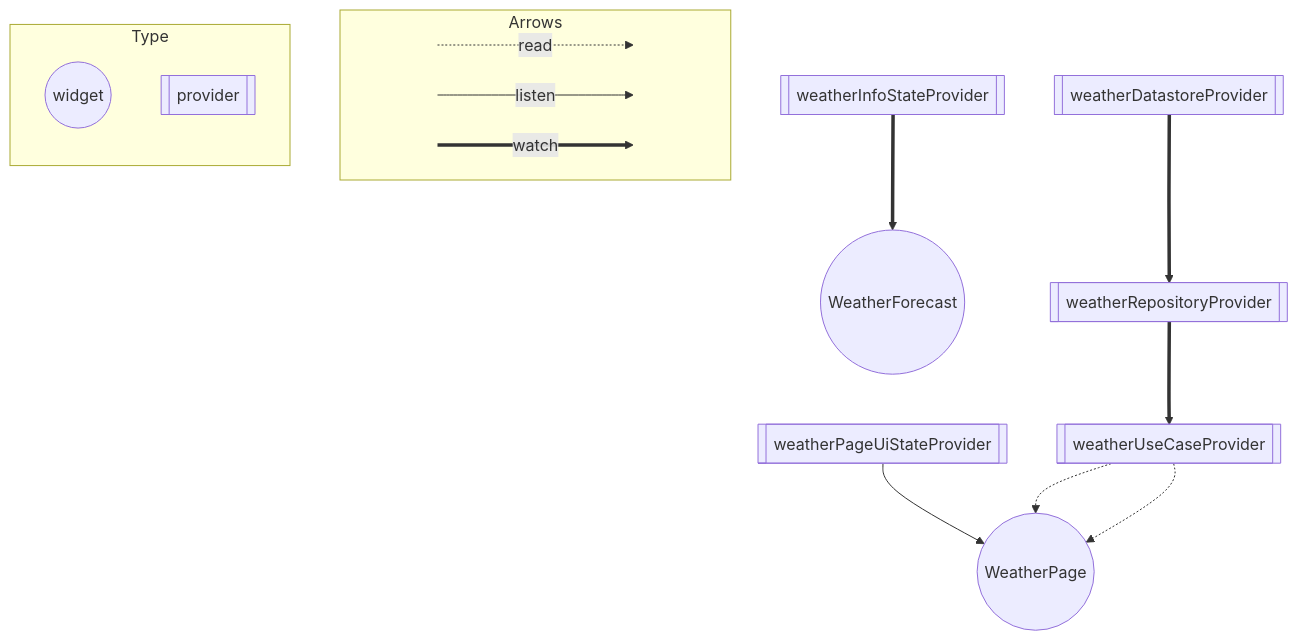
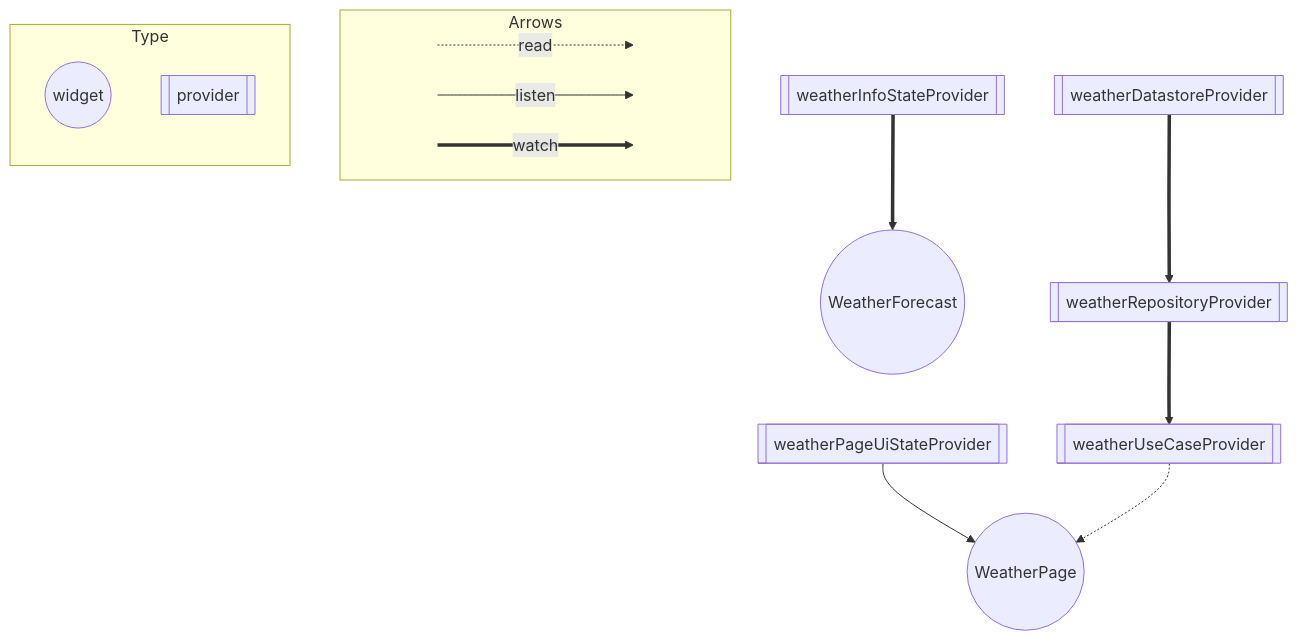
One commit to morikann/flutter_training changed the diagram in docs/graph.md. Above: the diagram before and after it, drawn with Mermaid. The commit also changed 3 other files, not shown here.

````diff
--- a/docs/graph.md
+++ b/docs/graph.md
@@ -2,34 +2,33 @@
 ```mermaid
 flowchart TB
   subgraph Arrows
     direction LR
     start1[ ] -..->|read| stop1[ ]
     style start1 height:0px;
     style stop1 height:0px;
     start2[ ] --->|listen| stop2[ ]
     style start2 height:0px;
     style stop2 height:0px; 
     start3[ ] ===>|watch| stop3[ ]
     style start3 height:0px;
     style stop3 height:0px; 
   end
 
   subgraph Type
     direction TB
     ConsumerWidget((widget));
     Provider[[provider]];
   end
   WeatherForecast((WeatherForecast));
   weatherInfoStateProvider ==> WeatherForecast;
   WeatherPage((WeatherPage));
   weatherPageUiStateProvider --> WeatherPage;
   weatherUseCaseProvider -.-> WeatherPage;
-  weatherUseCaseProvider -.-> WeatherPage;
   weatherInfoStateProvider[[weatherInfoStateProvider]];
   weatherPageUiStateProvider[[weatherPageUiStateProvider]];
   weatherUseCaseProvider[[weatherUseCaseProvider]];
   weatherRepositoryProvider ==> weatherUseCaseProvider;
   weatherRepositoryProvider[[weatherRepositoryProvider]];
   weatherDatastoreProvider ==> weatherRepositoryProvider;
   weatherDatastoreProvider[[weatherDatastoreProvider]];
 ```
````
